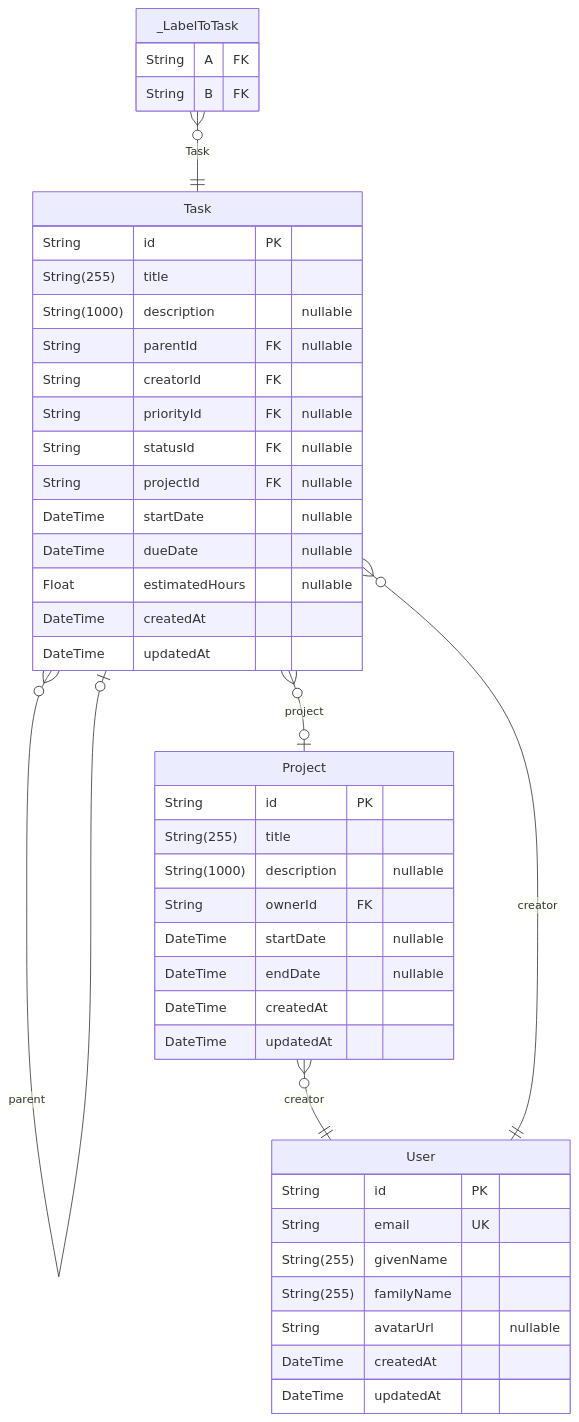
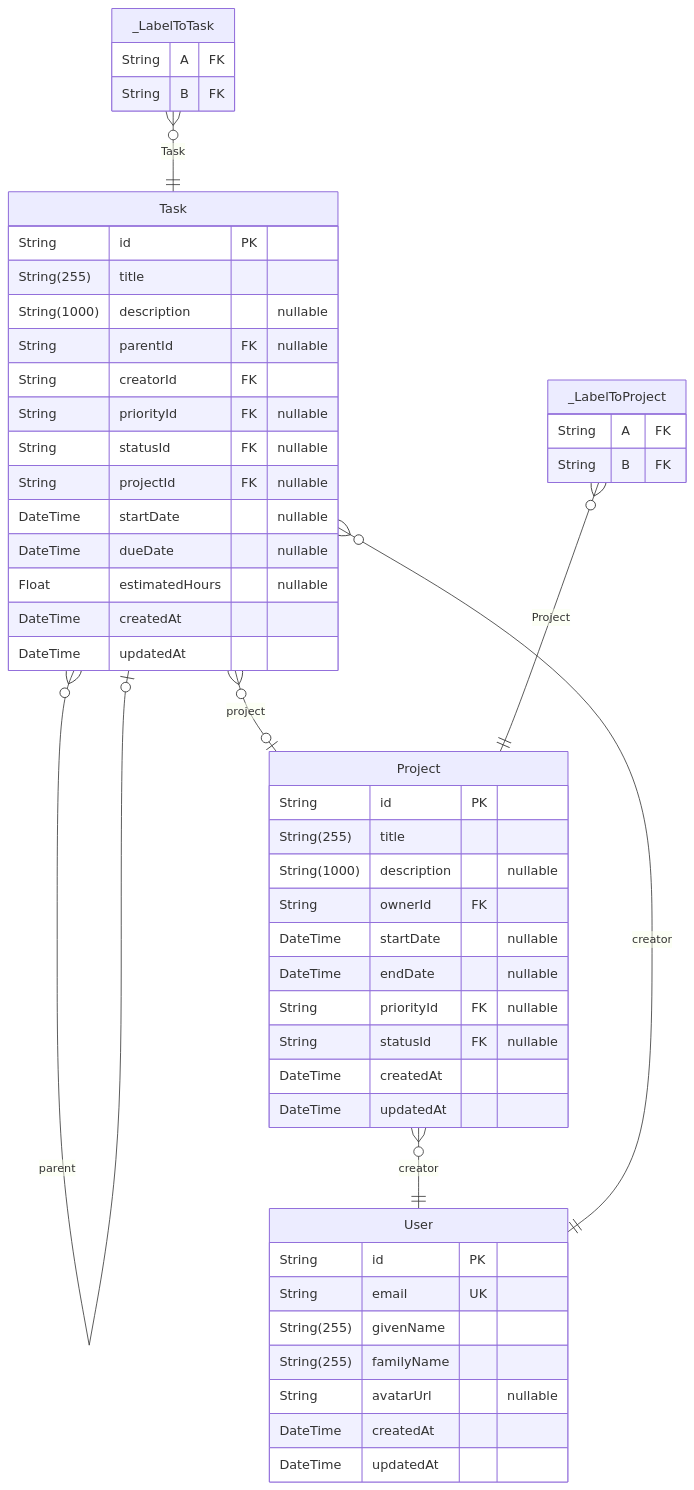
One commit to MaquestiauxLabs/demo-react-taskmanager changed the fourth of 4 diagrams in docs/database-schema.md. Above: the diagram before and after it, drawn with Mermaid. The commit also changed other lines of this file and 5 other files, not shown here.

````diff
--- a/docs/database-schema.md
+++ b/docs/database-schema.md
@@ -229,46 +261,53 @@
 ```mermaid
 erDiagram
 "Project" {
   String id PK
   String(255) title
   String(1000) description "nullable"
   String ownerId FK
   DateTime startDate "nullable"
   DateTime endDate "nullable"
+  String priorityId FK "nullable"
+  String statusId FK "nullable"
   DateTime createdAt
   DateTime updatedAt
 }
 "Task" {
   String id PK
   String(255) title
   String(1000) description "nullable"
   String parentId FK "nullable"
   String creatorId FK
   String priorityId FK "nullable"
   String statusId FK "nullable"
   String projectId FK "nullable"
   DateTime startDate "nullable"
   DateTime dueDate "nullable"
   Float estimatedHours "nullable"
   DateTime createdAt
   DateTime updatedAt
 }
 "User" {
   String id PK
   String email UK
   String(255) givenName
   String(255) familyName
   String avatarUrl "nullable"
   DateTime createdAt
   DateTime updatedAt
 }
 "_LabelToTask" {
   String A FK
   String B FK
 }
+"_LabelToProject" {
+  String A FK
+  String B FK
+}
 "Project" }o--|| "User" : creator
 "Task" }o--o| "Task" : parent
 "Task" }o--|| "User" : creator
 "Task" }o--o| "Project" : project
 "_LabelToTask" }o--|| "Task" : Task
+"_LabelToProject" }o--|| "Project" : Project
 ```
````
